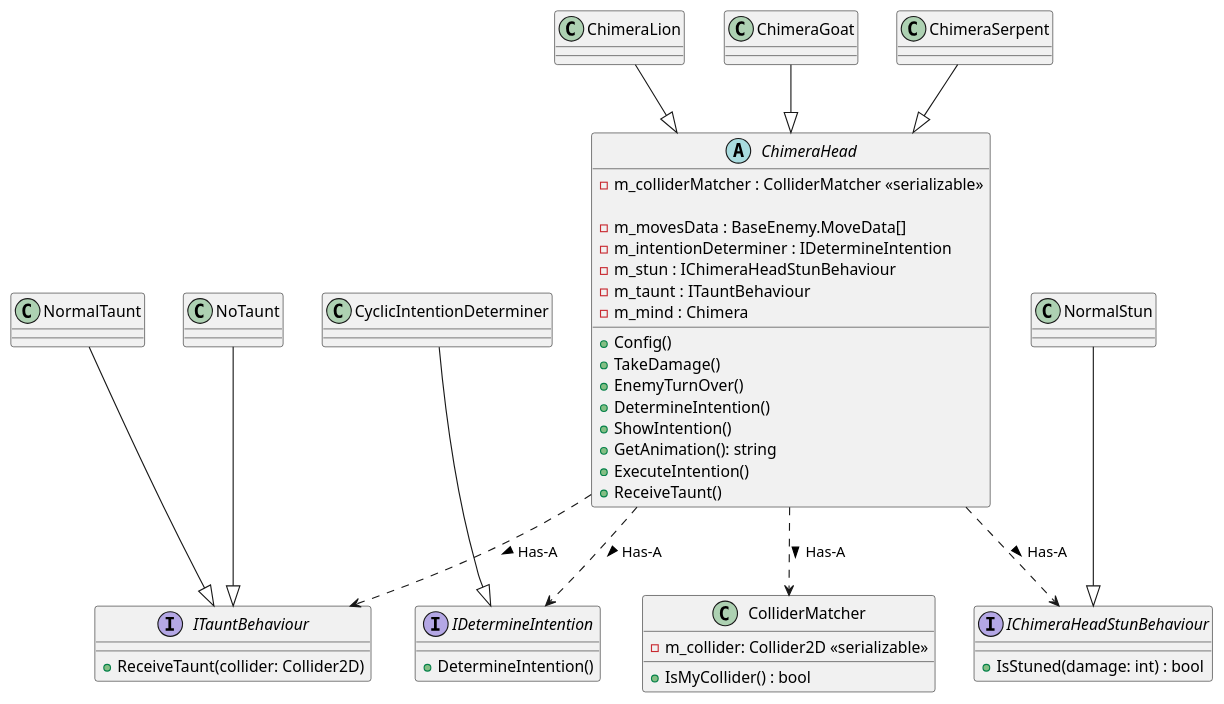
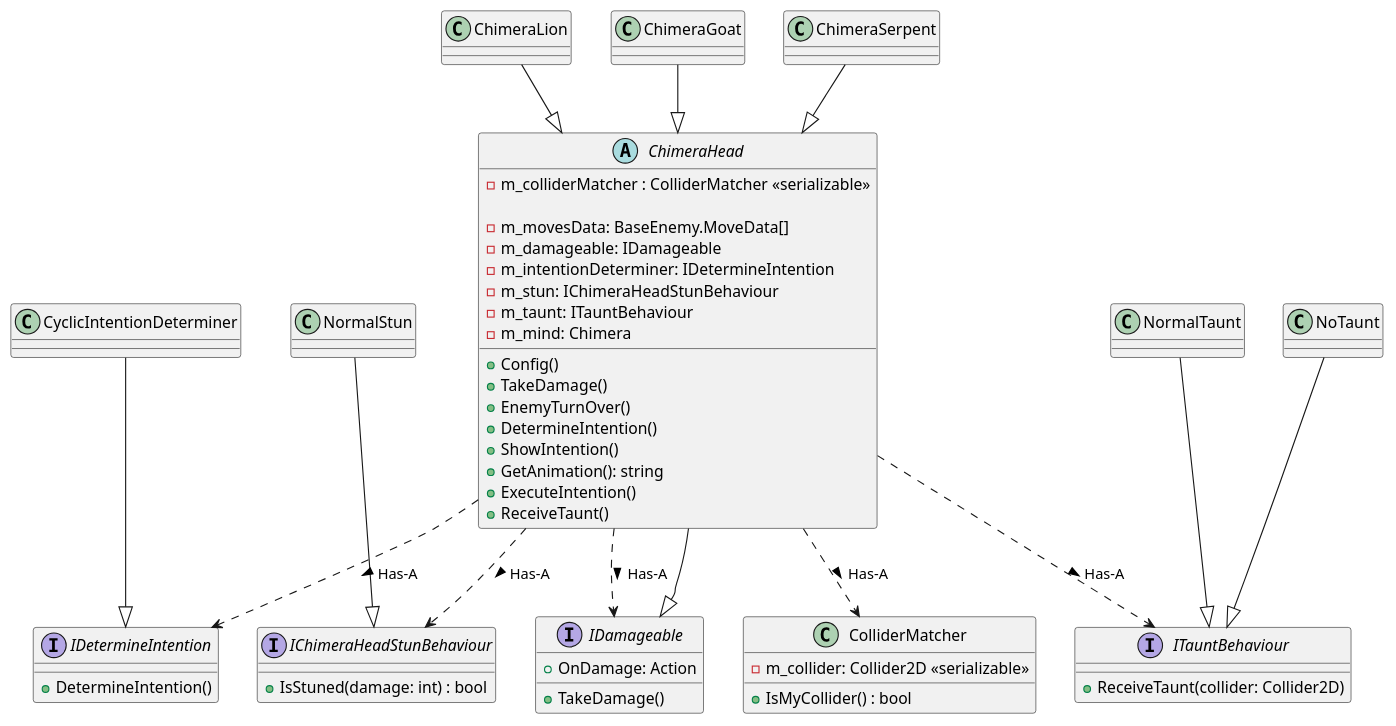
The diagram in Assets/Docs/UML/Enemies/ChimeraUML.puml (theAliTajik/MarchOnOlympus), drawn with PlantUML before and after one commit. The commit also changed 455 other files, not shown here.

```diff
--- a/Assets/Docs/UML/Enemies/ChimeraUML.puml
+++ b/Assets/Docs/UML/Enemies/ChimeraUML.puml
@@ -1,69 +1,80 @@
 @startuml
 'https://plantuml.com/class-diagram
 
 abstract class ChimeraHead {
 
 - m_colliderMatcher : ColliderMatcher <<serializable>>
 
-- m_movesData : BaseEnemy.MoveData[]
-- m_intentionDeterminer : IDetermineIntention
-- m_stun : IChimeraHeadStunBehaviour
-- m_taunt : ITauntBehaviour
-- m_mind : Chimera
+- m_movesData: BaseEnemy.MoveData[]
+- m_damageable: IDamageable
+- m_intentionDeterminer: IDetermineIntention
+- m_stun: IChimeraHeadStunBehaviour
+- m_taunt: ITauntBehaviour
+- m_mind: Chimera
 
 
 + Config()
 + TakeDamage()
 + EnemyTurnOver()
 + DetermineIntention()
 + ShowIntention()
 + GetAnimation(): string
 + ExecuteIntention() 
 + ReceiveTaunt()
 }
+
+interface IDamageable {
++ OnDamage: Action
+
++ TakeDamage()
+}
+
+ChimeraHead --|> IDamageable
+ChimeraHead ..> IDamageable : Has-A >
+
 
 interface ITauntBehaviour {
 + ReceiveTaunt(collider: Collider2D)
 }
 
 class NormalTaunt
 class NoTaunt
 
 NormalTaunt --|> ITauntBehaviour
 NoTaunt --|> ITauntBehaviour
 
 interface IDetermineIntention{
 + DetermineIntention()
 }
 
 class CyclicIntentionDeterminer
 CyclicIntentionDeterminer --|> IDetermineIntention
 
 interface IChimeraHeadStunBehaviour{
 + IsStuned(damage: int) : bool
 }
 
 class NormalStun
 NormalStun --|> IChimeraHeadStunBehaviour
 
 class ColliderMatcher{
 - m_collider: Collider2D <<serializable>>
 
 + IsMyCollider() : bool
 }
 
 
 ChimeraHead ..> ITauntBehaviour : Has-A >
 ChimeraHead ..> IDetermineIntention : Has-A >
 ChimeraHead ..> IChimeraHeadStunBehaviour : Has-A >
 ChimeraHead ..> ColliderMatcher : Has-A >
 
 class ChimeraLion 
 class ChimeraGoat 
 class ChimeraSerpent 
 
 ChimeraLion --|> ChimeraHead
 ChimeraGoat --|> ChimeraHead
 ChimeraSerpent --|> ChimeraHead
 
 @enduml
```
